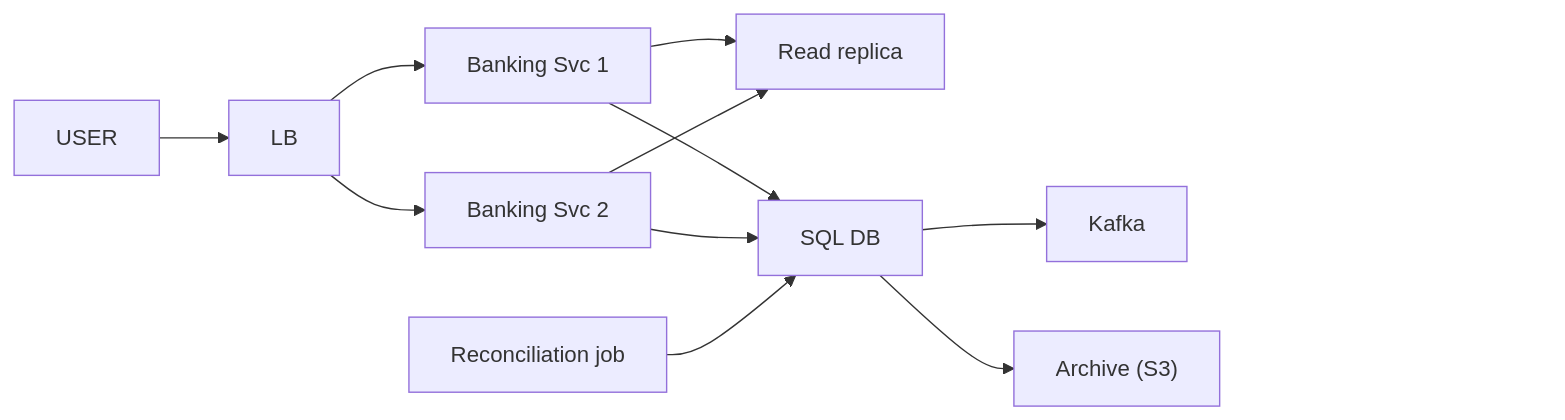
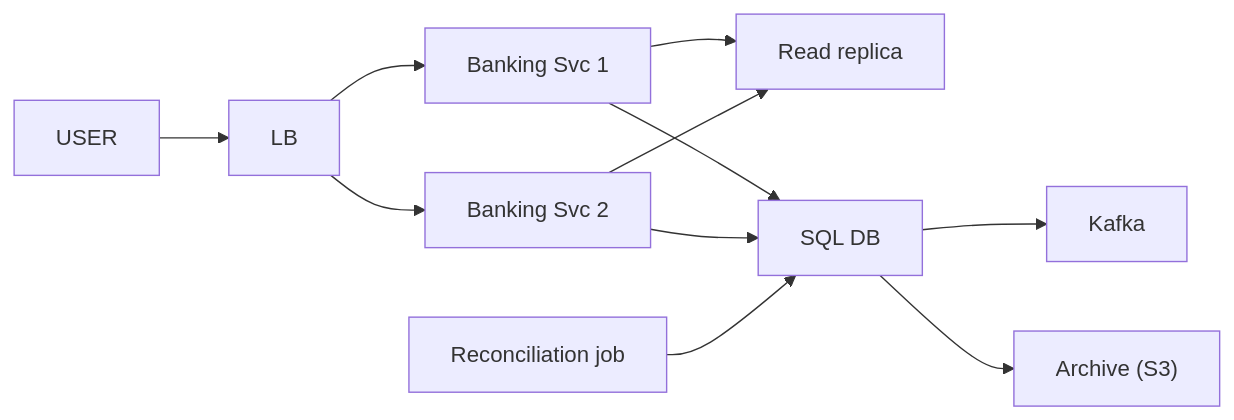
Diagram 13 of 13 in 04_HLD/SYSTEM_DESIGNS/13_banking_system/13_banking_system.md (ArpanMaheshwari144/Prep), drawn with Mermaid before and after one commit. The commit also changed other lines of this file and 182 other files, not shown here.

Commit message:
hld 14 file: har diagram mermaid-cli se SVG image (source details me), n_pad hataya, render tool 04_HLD/tools

````diff
--- a/04_HLD/SYSTEM_DESIGNS/13_banking_system/13_banking_system.md
+++ b/04_HLD/SYSTEM_DESIGNS/13_banking_system/13_banking_system.md
@@ -609,26 +572,23 @@
 ```mermaid
 %%{init: {"flowchart": {"wrappingWidth": 450}}}%%
 flowchart LR
     n_USER["USER"]
     n_LB["LB"]
     n_S1["Banking Svc 1"]
     n_S2["Banking Svc 2"]
     n_RR["Read replica"]
     n_DB["SQL DB"]
     n_K["Kafka"]
     n_S3["Archive (S3)"]
     n_REC["Reconciliation job"]
     n_USER --> n_LB
     n_LB --> n_S1
     n_LB --> n_S2
     n_S1 --> n_RR
     n_S2 --> n_RR
     n_S1 --> n_DB
     n_S2 --> n_DB
     n_DB --> n_K
     n_REC --> n_DB
     n_DB --> n_S3
-    n_pad["xxxxxxxxxxxxxxxx"]
-    n_S3 ~~~ n_pad
-    style n_pad fill:none,stroke:none,color:#ffffff00
 ```
````
